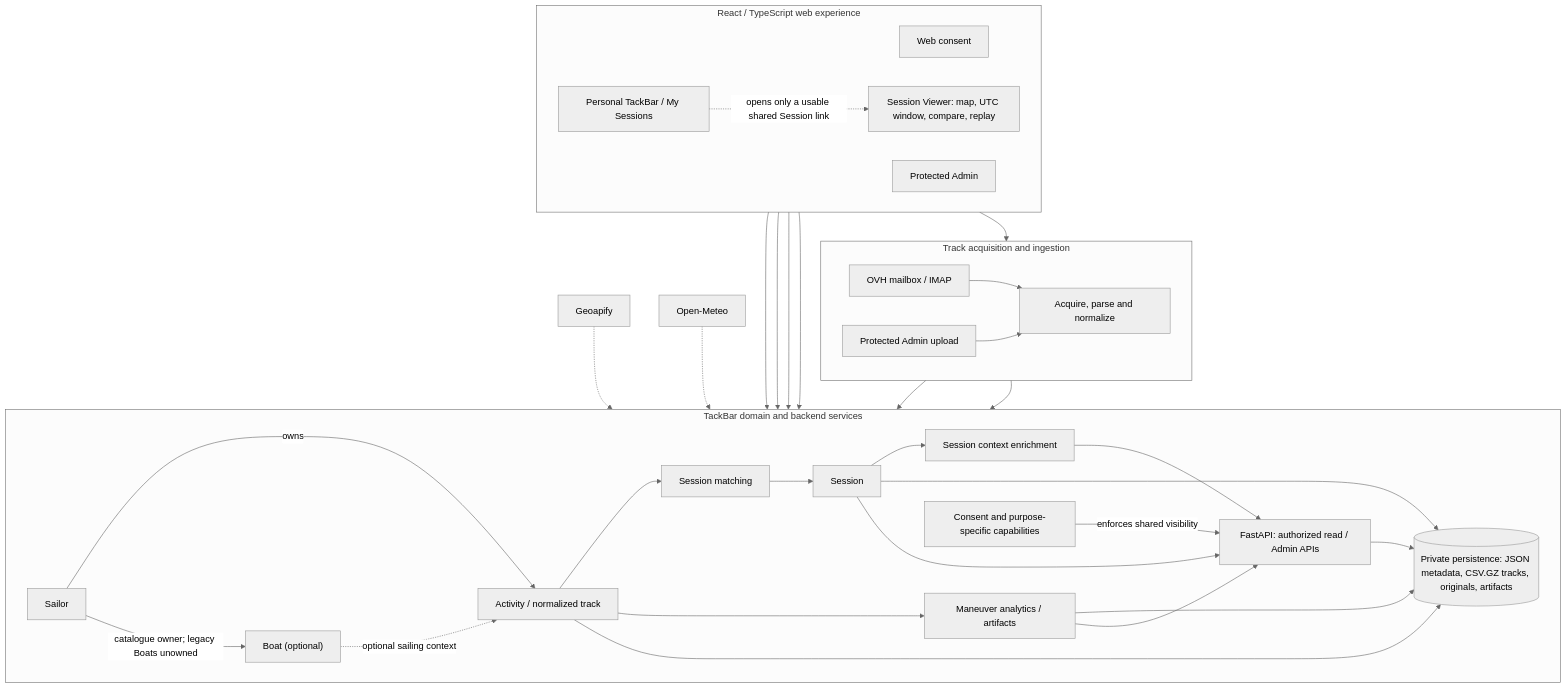
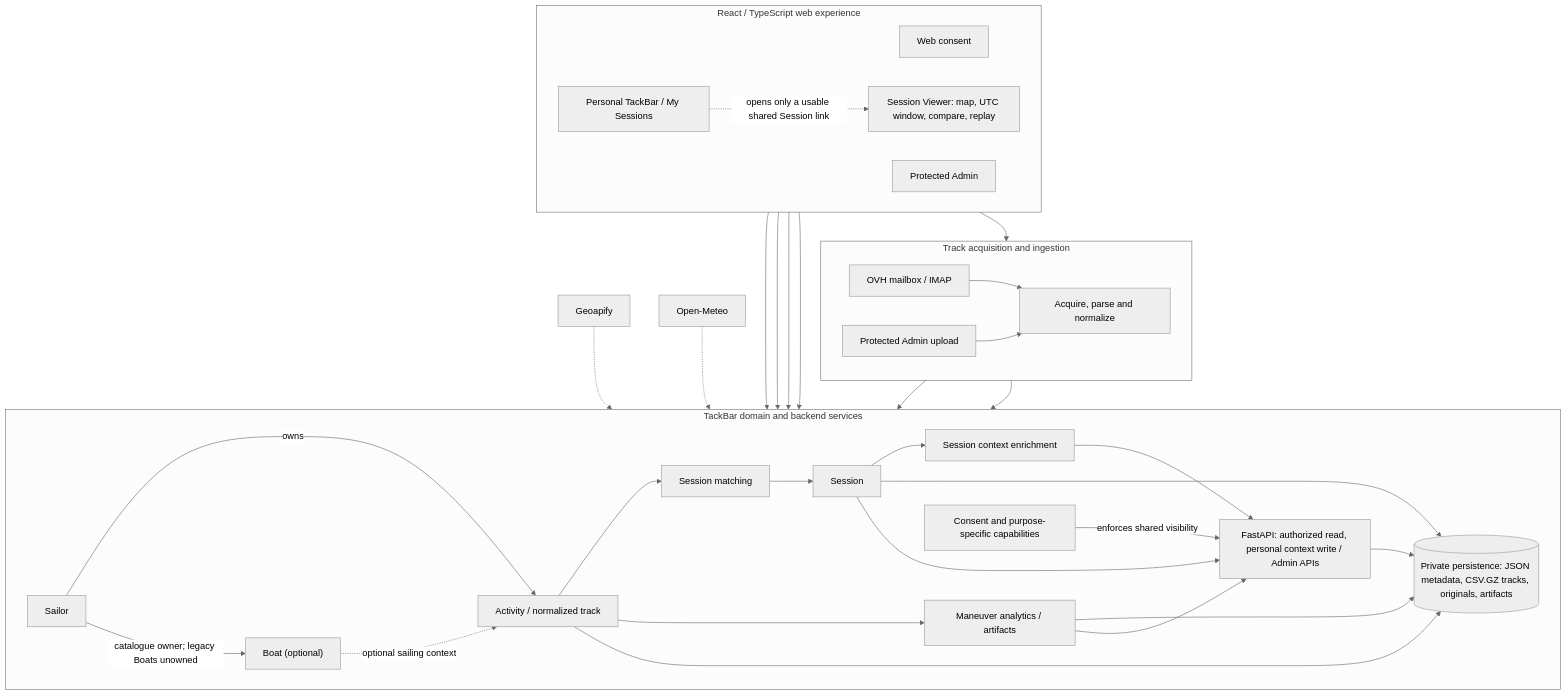
Before and after one commit to maxsail-project/tackbar: the diagram in docs/current/solution-overview.md, drawn with Mermaid (neutral theme). The commit also changed other lines of this file and 19 other files, not shown here.

First line of the commit message:
feat(personal): enable scoped Activity context and default Boat updates

````diff
--- a/docs/current/solution-overview.md
+++ b/docs/current/solution-overview.md
@@ -18,60 +18,60 @@
 ```mermaid
 flowchart TB
   subgraph ACQUISITION["Track acquisition and ingestion"]
     direction LR
     OVH["OVH mailbox / IMAP"]
     UPLOAD["Protected Admin upload"]
     PIPE["Acquire, parse and normalize"]
     OVH --> PIPE
     UPLOAD --> PIPE
   end
 
   subgraph CORE["TackBar domain and backend services"]
     direction LR
     SAILOR["Sailor"]
     BOAT["Boat (optional)"]
     ACT["Activity / normalized track"]
     MATCH["Session matching"]
     SES["Session"]
     ANALYTICS["Maneuver analytics / artifacts"]
     CONTEXT["Session context enrichment"]
     ACCESS["Consent and purpose-specific capabilities"]
-    API["FastAPI: authorized read / Admin APIs"]
+    API["FastAPI: authorized read, personal context write / Admin APIs"]
     STORE[("Private persistence: JSON metadata, CSV.GZ tracks, originals, artifacts")]
 
     SAILOR -->|"owns"| ACT
     SAILOR -->|"catalogue owner; legacy Boats unowned"| BOAT
     BOAT -.->|"optional sailing context"| ACT
     ACT --> MATCH --> SES
     ACT --> ANALYTICS
     SES --> CONTEXT
     ACT --> STORE
     SES --> STORE
     ANALYTICS --> STORE
     ACCESS -->|"enforces shared visibility"| API
     SES --> API
     ANALYTICS --> API
     CONTEXT --> API
     API --> STORE
   end
 
   subgraph WEB["React / TypeScript web experience"]
     direction LR
     CONSENT["Web consent"]
     PERSONAL["Personal TackBar / My Sessions"]
     VIEWER["Session Viewer: map, UTC window, compare, replay"]
     ADMIN["Protected Admin"]
   end
 
   PIPE --> ACT
   PIPE --> STORE
   CONSENT --> ACCESS
   PERSONAL --> API
   VIEWER --> API
   ADMIN --> API
   ADMIN --> UPLOAD
   PERSONAL -.->|"opens only a usable shared Session link"| VIEWER
 
   GEO["Geoapify"] -.-> CONTEXT
   METEO["Open-Meteo"] -.-> CONTEXT
 ```
````
